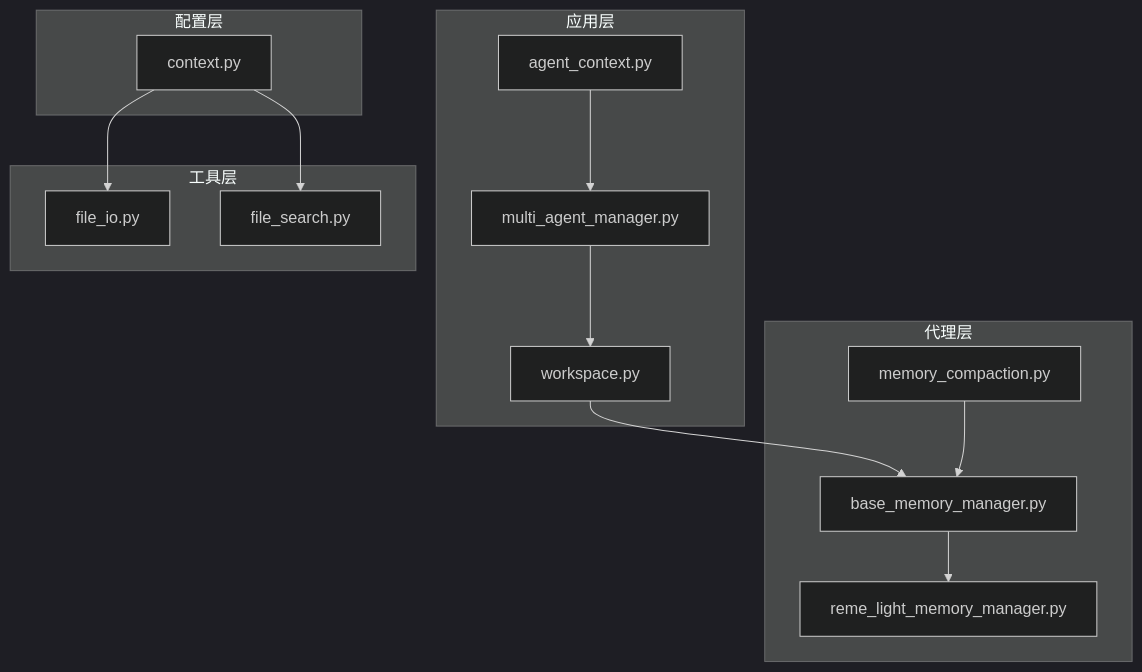
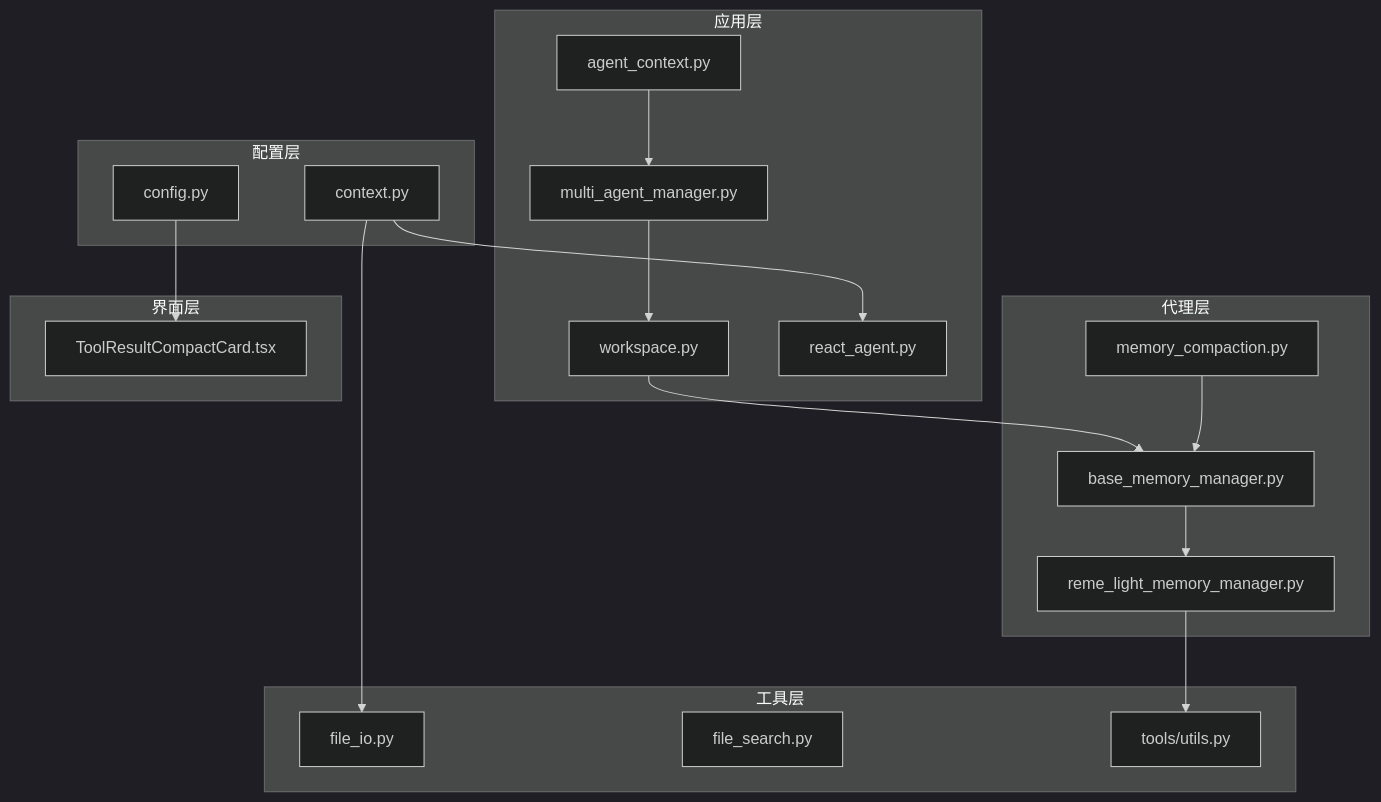
Before and after one commit to livehl/CoPaw: the first of 10 diagrams in .qoder/repowiki/zh/content/后端核心模块/上下文管理重构.md, drawn with Mermaid (dark theme). The commit also changed other lines of this file and 12 other files, not shown here.

````diff
--- a/.qoder/repowiki/zh/content/后端核心模块/上下文管理重构.md
+++ b/.qoder/repowiki/zh/content/后端核心模块/上下文管理重构.md
@@ -38,27 +51,35 @@
 ```mermaid
 graph TB
 subgraph "应用层"
 AC[agent_context.py]
 MM[multi_agent_manager.py]
 WS[workspace.py]
+RA[react_agent.py]
 end
 subgraph "配置层"
 CTX[context.py]
+CFG[config.py]
 end
 subgraph "代理层"
 MC[memory_compaction.py]
 BM[base_memory_manager.py]
 RM[reme_light_memory_manager.py]
 end
 subgraph "工具层"
 FI[file_io.py]
 FS[file_search.py]
+TU[tools/utils.py]
+end
+subgraph "界面层"
+TRCC[ToolResultCompactCard.tsx]
 end
 AC --> MM
 MM --> WS
 WS --> BM
 BM --> RM
 CTX --> FI
-CTX --> FS
+CTX --> RA
+CFG --> TRCC
 MC --> BM
+RM --> TU
 ```
````
